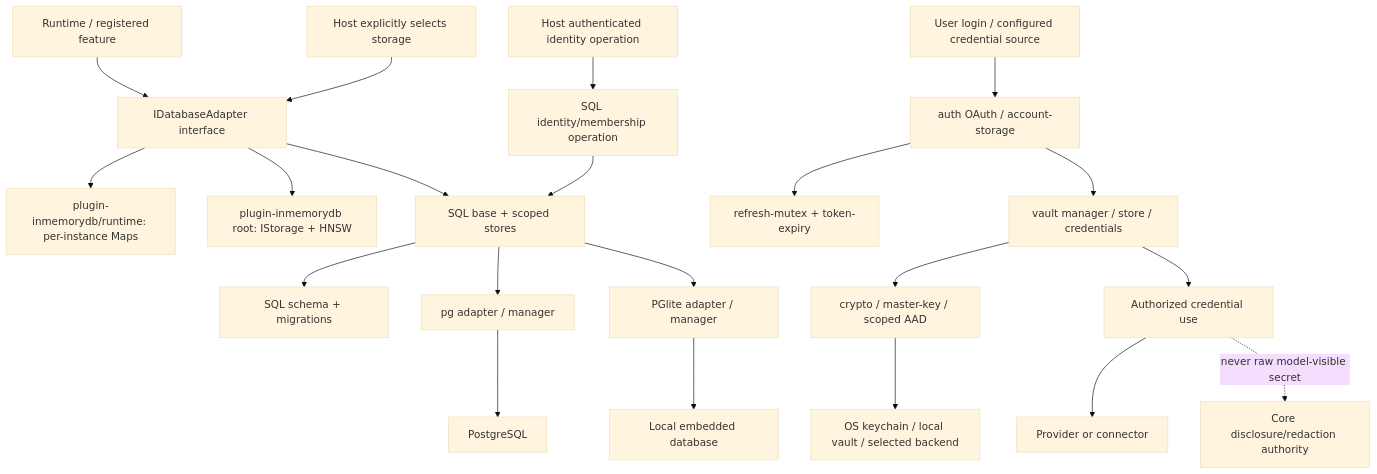
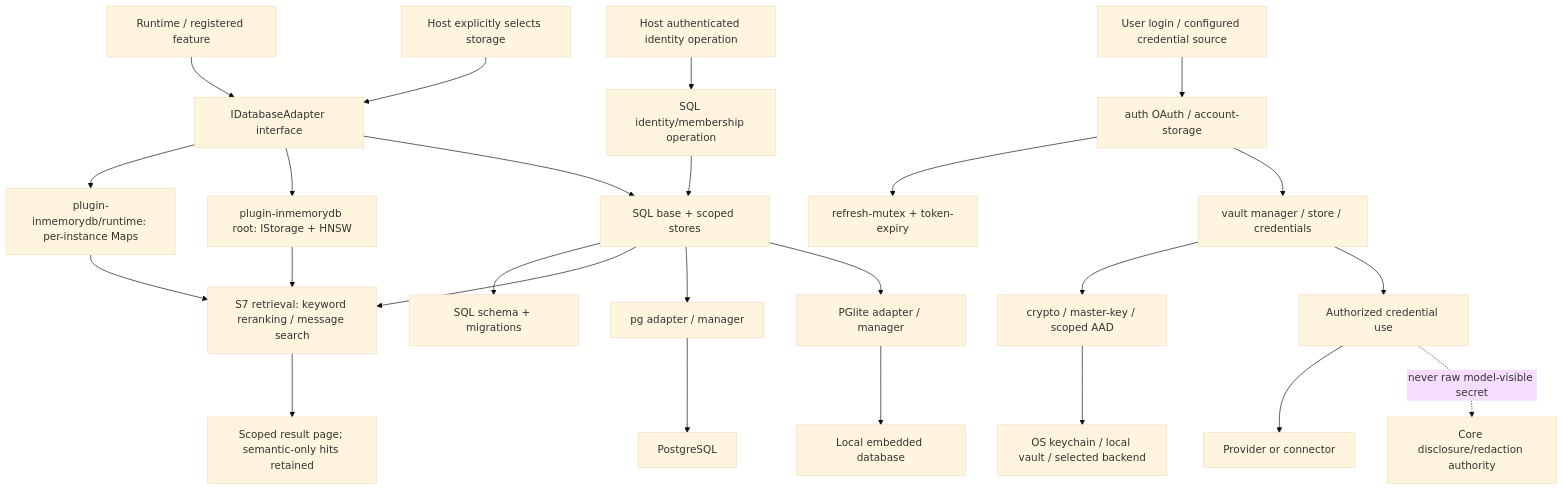
One commit to elizaOS/eliza changed the fifth of 7 diagrams in docs/design/runtime-consolidation/FLOWS.md. Above: the diagram before and after it, drawn with Mermaid (base theme). The commit also changed other lines of this file and 29 other files, not shown here.

````diff
--- a/docs/design/runtime-consolidation/FLOWS.md
+++ b/docs/design/runtime-consolidation/FLOWS.md
@@ -127,23 +127,27 @@
 ```mermaid
 flowchart TD
     DOMAIN[Runtime / registered feature] --> DB[IDatabaseAdapter interface]
     HOST[Host explicitly selects storage] --> DB
     DB --> MEM[plugin-inmemorydb/runtime: per-instance Maps]
     DB --> SHARED[plugin-inmemorydb root: IStorage + HNSW]
     DB --> S4[SQL base + scoped stores]
     S4 --> SCHEMA[SQL schema + migrations]
+    MEM --> RET[S7 retrieval: keyword reranking / message search]
+    SHARED --> RET
+    S4 --> RET
+    RET --> PAGE[Scoped result page; semantic-only hits retained]
     S4 --> PG[pg adapter / manager]
     S4 --> PGL[PGlite adapter / manager]
     PG --> DISK1[PostgreSQL]
     PGL --> DISK2[Local embedded database]
     IDENT[Host authenticated identity operation] --> IDOP[SQL identity/membership operation]
     IDOP --> S4
     USER[User login / configured credential source] --> C1[auth OAuth / account-storage]
     C1 --> C2[refresh-mutex + token-expiry]
     C1 --> C3[vault manager / store / credentials]
     C3 --> C4[crypto / master-key / scoped AAD]
     C4 --> BACKEND[OS keychain / local vault / selected backend]
     C3 --> C5[Authorized credential use]
     C5 --> PROVIDER[Provider or connector]
     C5 -. never raw model-visible secret .-> POLICY[Core disclosure/redaction authority]
 ```
````
